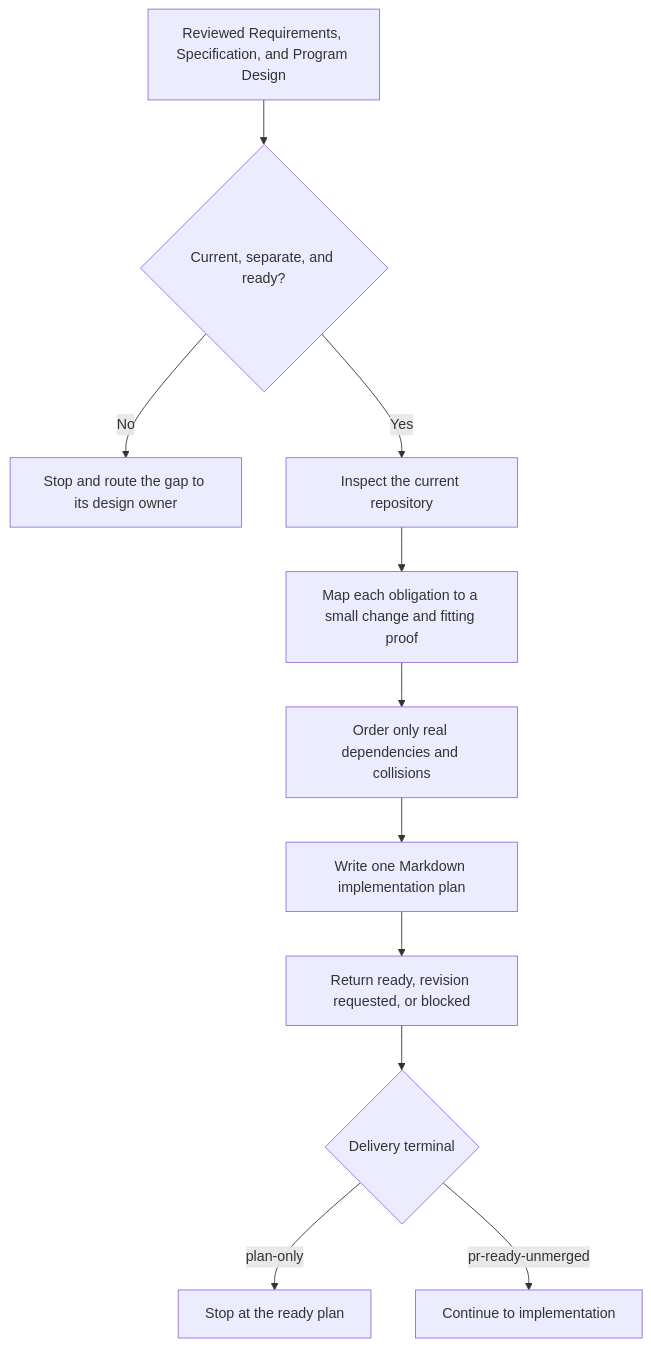
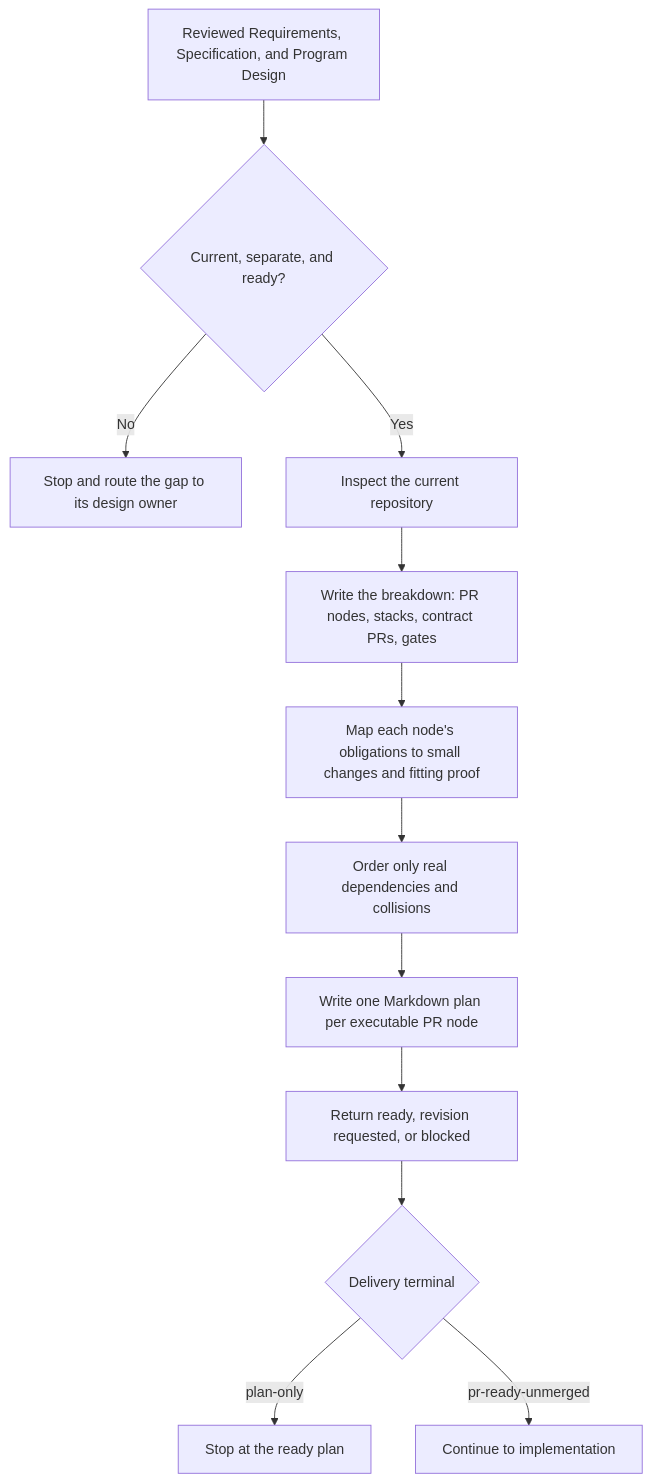
The diagram in plugins/shravan-dev-workflow/skills/plan-implementation/README.md (ShravanSunder/ai-tools), drawn with Mermaid before and after one commit. The commit also changed other lines of this file and 5 other files, not shown here.

Commit message:
Run B-1: plan-implementation — breakdown record (CB1), PR independence test (CB2), one plan per PR node, token payloads (B14)

````diff
--- a/plugins/shravan-dev-workflow/skills/plan-implementation/README.md
+++ b/plugins/shravan-dev-workflow/skills/plan-implementation/README.md
@@ -9,13 +9,14 @@
 ```mermaid
 flowchart TD
     A[Reviewed Requirements, Specification, and Program Design] --> B{Current, separate, and ready?}
     B -- No --> C[Stop and route the gap to its design owner]
     B -- Yes --> D[Inspect the current repository]
-    D --> E[Map each obligation to a small change and fitting proof]
+    D --> BD[Write the breakdown: PR nodes, stacks, contract PRs, gates]
+    BD --> E[Map each node's obligations to small changes and fitting proof]
     E --> F[Order only real dependencies and collisions]
-    F --> G[Write one Markdown implementation plan]
+    F --> G[Write one Markdown plan per executable PR node]
     G --> H[Return ready, revision requested, or blocked]
     H --> I{Delivery terminal}
     I -- plan-only --> J[Stop at the ready plan]
     I -- pr-ready-unmerged --> K[Continue to implementation]
 ```
````
